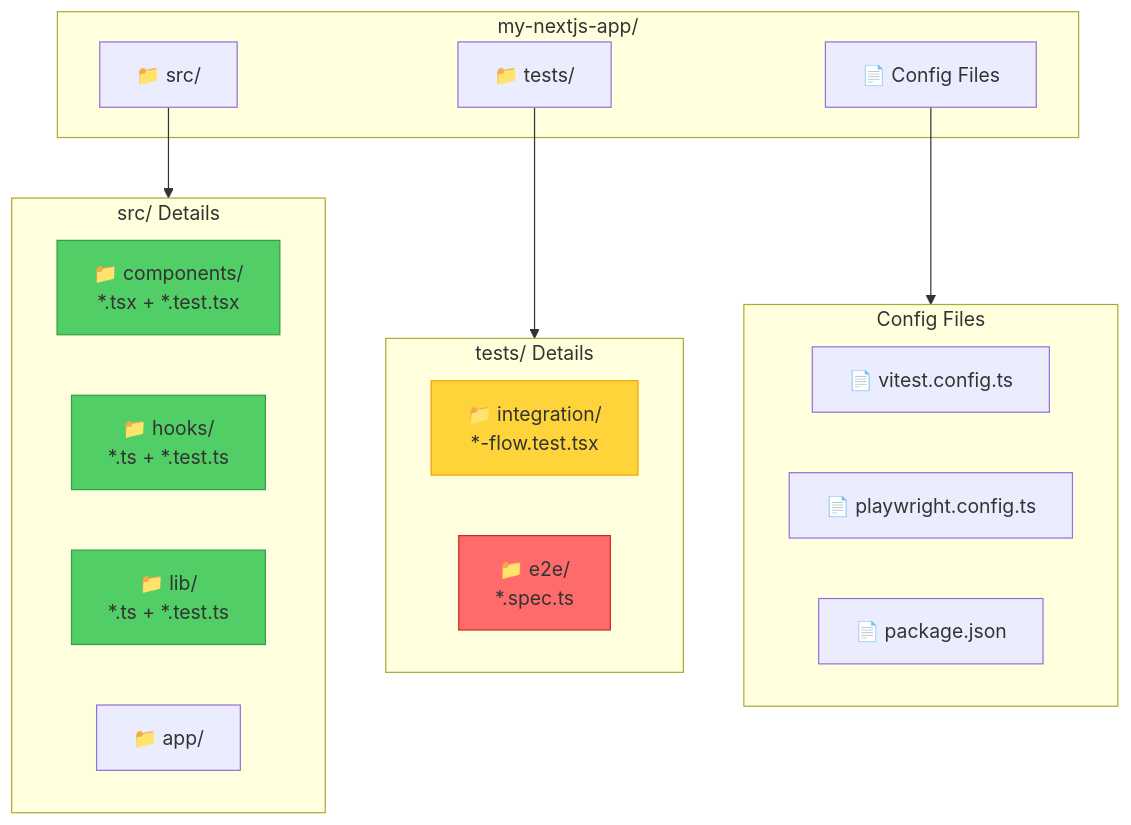
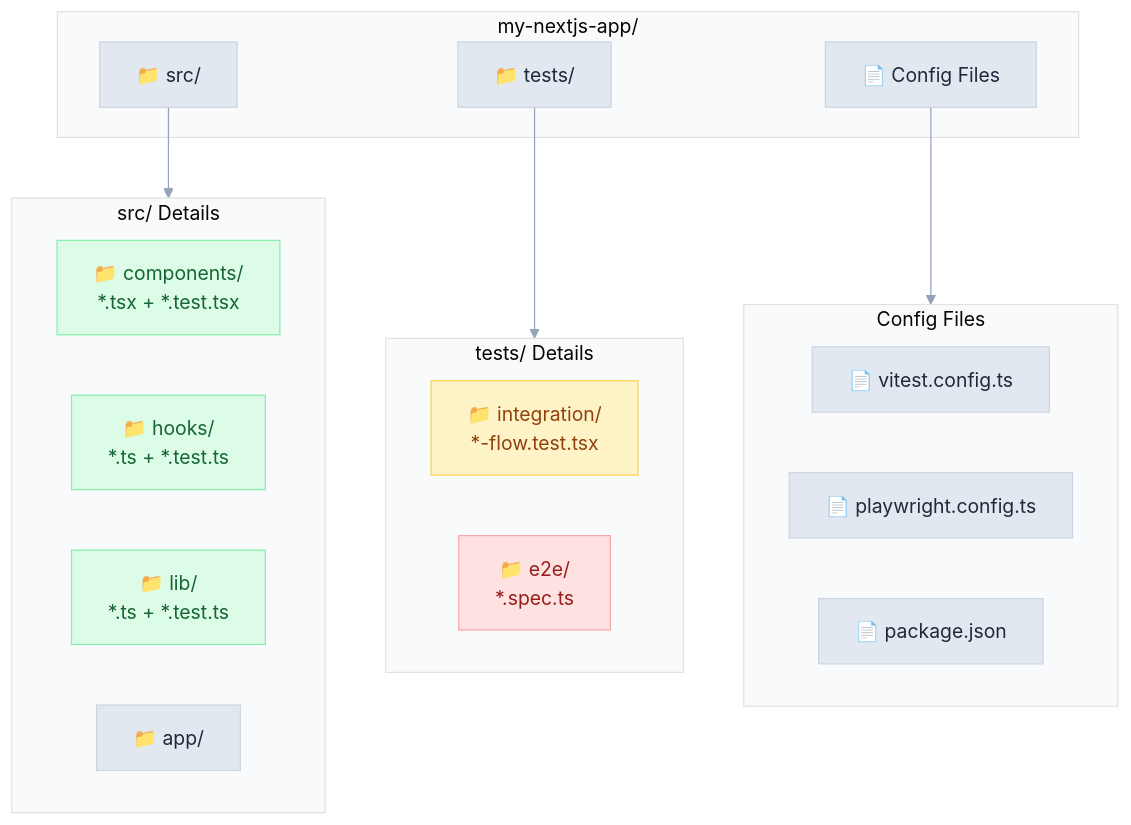
The third of 6 diagrams in doc/testing-strategy-nextjs.md (3DHDSoft/devmultiplier-academy), drawn with Mermaid before and after one commit. The commit also changed other lines of this file and 19 other files, not shown here.

````diff
--- a/doc/testing-strategy-nextjs.md
+++ b/doc/testing-strategy-nextjs.md
@@ -204,36 +224,46 @@
 ```mermaid
-graph TD
+%%{init: {'theme': 'base', 'themeVariables': {
+  'primaryColor': '#e2e8f0',
+  'primaryTextColor': '#1e293b',
+  'primaryBorderColor': '#cbd5e1',
+  'lineColor': '#94a3b8',
+  'secondaryColor': '#f1f5f9',
+  'tertiaryColor': '#f8fafc',
+  'background': '#ffffff',
+  'textColor': '#334155',
+  'fontFamily': 'system-ui, -apple-system, sans-serif'
+}}}%%graph TD
     subgraph root ["my-nextjs-app/"]
         SRC["📁 src/"]
         TESTS["📁 tests/"]
         CONFIG["📄 Config Files"]
     end
 
     subgraph src_details ["src/ Details"]
         COMP["📁 components/<br/>*.tsx + *.test.tsx"]
         HOOKS["📁 hooks/<br/>*.ts + *.test.ts"]
         LIB["📁 lib/<br/>*.ts + *.test.ts"]
         APP["📁 app/"]
     end
 
     subgraph test_details ["tests/ Details"]
         INT_TEST["📁 integration/<br/>*-flow.test.tsx"]
         E2E_TEST["📁 e2e/<br/>*.spec.ts"]
     end
 
     subgraph config_details ["Config Files"]
         VITEST["📄 vitest.config.ts"]
         PLAY["📄 playwright.config.ts"]
         PKG["📄 package.json"]
     end
 
     SRC --> src_details
     TESTS --> test_details
     CONFIG --> config_details
 
-    style COMP fill:#51cf66,stroke:#2f9e44
-    style HOOKS fill:#51cf66,stroke:#2f9e44
-    style LIB fill:#51cf66,stroke:#2f9e44
-    style INT_TEST fill:#ffd43b,stroke:#f59f00
-    style E2E_TEST fill:#ff6b6b,stroke:#c92a2a
+    style COMP fill:#dcfce7,stroke:#86efac,color:#166534
+    style HOOKS fill:#dcfce7,stroke:#86efac,color:#166534
+    style LIB fill:#dcfce7,stroke:#86efac,color:#166534
+    style INT_TEST fill:#fef3c7,stroke:#fcd34d,color:#92400e
+    style E2E_TEST fill:#fee2e2,stroke:#fca5a5,color:#991b1b
 ```
````
